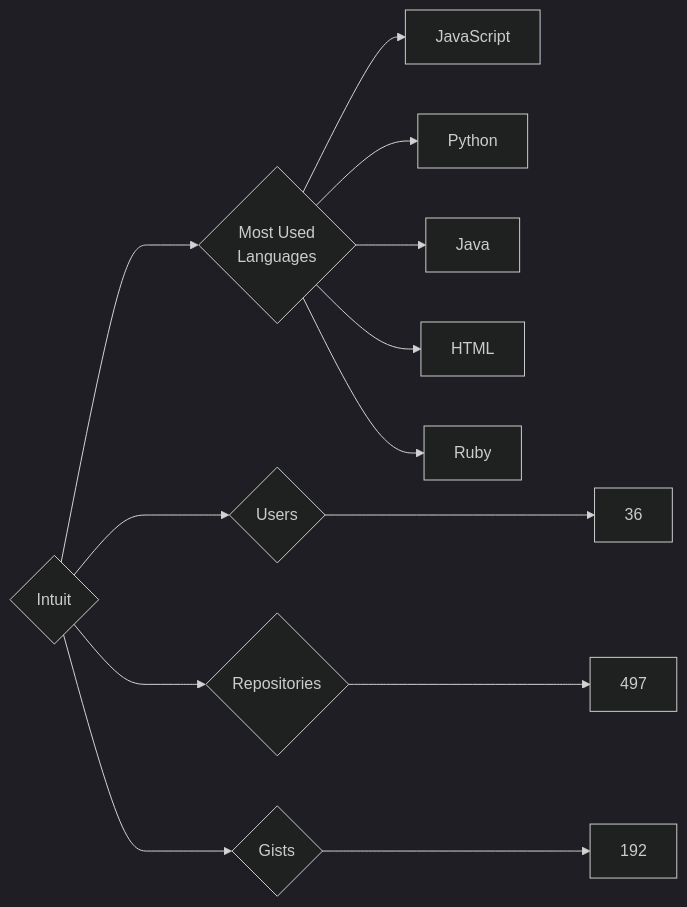
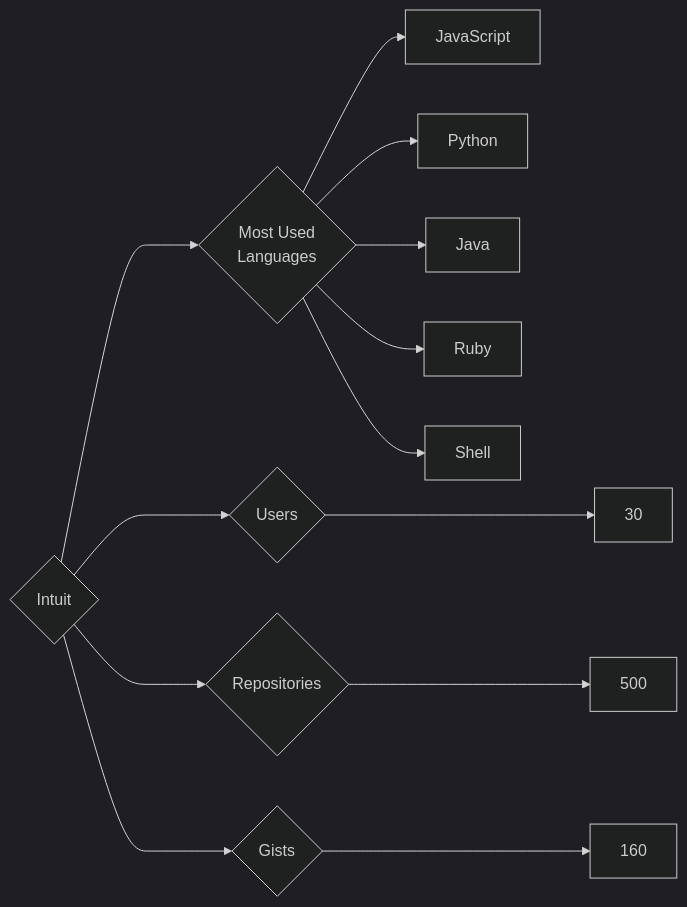
One commit to trickest/insiders changed the diagram in targets/Intuit/README.md. Above: the diagram before and after it, drawn with Mermaid (dark theme). The commit also changed 870 other files, not shown here.

````diff
--- a/targets/Intuit/README.md
+++ b/targets/Intuit/README.md
@@ -3,13 +3,13 @@
 ```mermaid
 graph LR
 COMPANY_NAME{Intuit}
-COMPANY_NAME ---> U{Users} ---> UN[36]
-COMPANY_NAME ---> R{Repositories} ---> RN[497]
-COMPANY_NAME ---> G{Gists} ---> GN[192]
+COMPANY_NAME ---> U{Users} ---> UN[30]
+COMPANY_NAME ---> R{Repositories} ---> RN[500]
+COMPANY_NAME ---> G{Gists} ---> GN[160]
 COMPANY_NAME ---> ML{Most Used<br>Languages}
 ML --> JavaScript[JavaScript]
 ML --> Python[Python]
 ML --> Java[Java]
-ML --> HTML[HTML]
 ML --> Ruby[Ruby]
+ML --> Shell[Shell]
 ```
````
